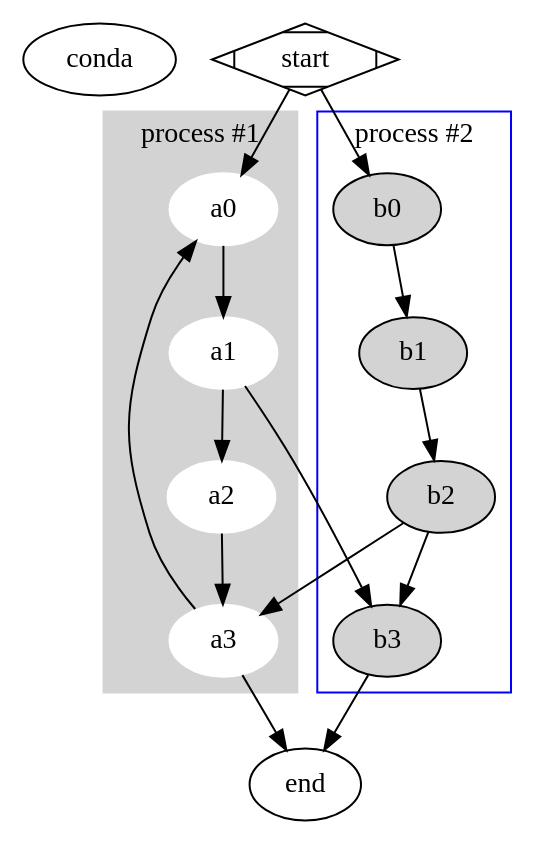
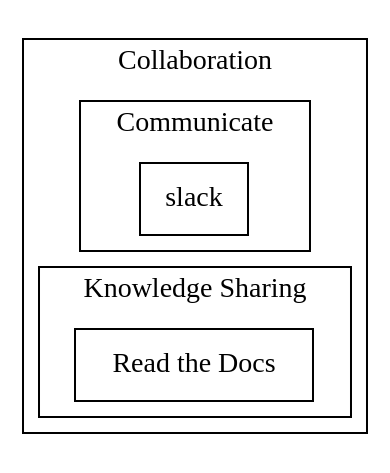
The diagram in source/topics/devops/devops.dot (tudat-team/tudat-developer-docs), drawn with Graphviz before and after one commit. The commit also changed 6 other files, not shown here.

```diff
--- a/source/topics/devops/devops.dot
+++ b/source/topics/devops/devops.dot
@@ -1,28 +1,22 @@
 digraph G {
-    conda [label = "conda", href = "Conda"];
-    start [shape = Mdiamond, label = "start", href = "#Conda"];
+    col_slack [label = "slack", shape = "box", href = "#conda"];
+    col_slack [label = "slack", shape = "box", href = "#conda"];
+    read_the_docs [label = "Read the Docs", shape = "box", href = "#conda"];
+    rankdir = LR
 
-    subgraph cluster_0 {
-    style = filled;
-    color = lightgrey;
-    node [style = filled,color = white];
-    a0 -> a1 -> a2 -> a3;
-    label = "process #1";
+    subgraph cluster_collaborate {
+    subgraph cluster_communicate {
+
+    col_slack;
+    label = "Communicate"
+    }
+    subgraph cluster_knowledge {
+    read_the_docs;
+    label = "Knowledge Sharing"
+    }
+    label = "Collaboration"
     }
 
-    subgraph cluster_1 {
-    node [style = filled];
-    b0 -> b1 -> b2 -> b3;
-    label = "process #2";
-    color = blue
-    }
-    start -> a0;
-    start -> b0;
-    a1 -> b3;
-    b2 -> a3;
-    a3 -> a0;
-    a3 -> end;
-    b3 -> end;
 
-    start [shape = Mdiamond];
+
 }
```
